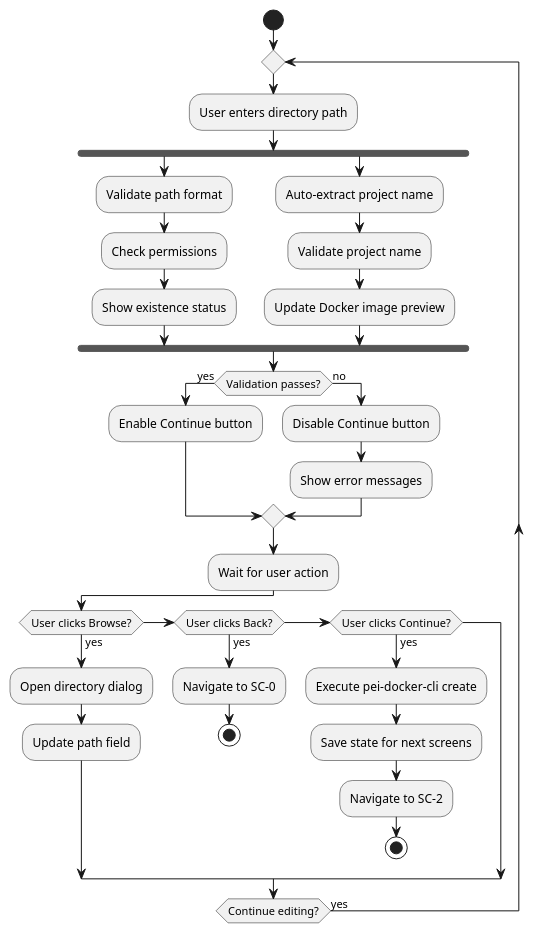
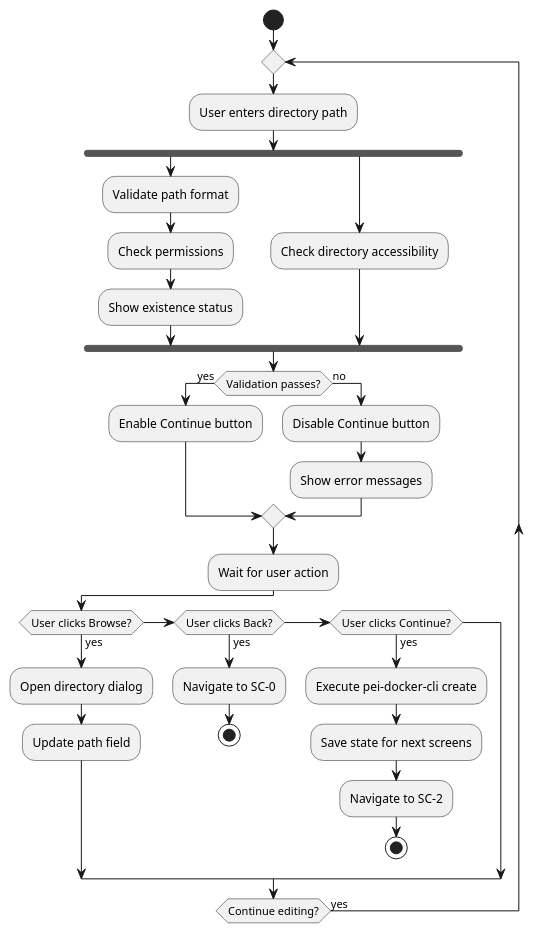
Before and after one commit to igamenovoer/PeiDocker: the third of 5 diagrams in context/plans/gui/screens/sc-1/project-directory-selection-screen-spec.md, drawn with PlantUML. The commit also changed other lines of this file and 17 other files, not shown here.

````diff
--- a/context/plans/gui/screens/sc-1/project-directory-selection-screen-spec.md
+++ b/context/plans/gui/screens/sc-1/project-directory-selection-screen-spec.md
@@ -236,37 +191,35 @@
 ```plantuml
 @startuml
 start
 repeat
   :User enters directory path;
   fork
     :Validate path format;
     :Check permissions;
     :Show existence status;
   fork again
-    :Auto-extract project name;
-    :Validate project name;
-    :Update Docker image preview;
+    :Check directory accessibility;
   end fork
   if (Validation passes?) then (yes)
     :Enable Continue button;
   else (no)
     :Disable Continue button;
     :Show error messages;
   endif
   
   :Wait for user action;
   if (User clicks Browse?) then (yes)
     :Open directory dialog;
     :Update path field;
   else if (User clicks Back?) then (yes)
     :Navigate to SC-0;
     stop
   else if (User clicks Continue?) then (yes)
     :Execute pei-docker-cli create;
     :Save state for next screens;
     :Navigate to SC-2;
     stop
   endif
 repeat while (Continue editing?) is (yes)
 @enduml
 ```
````
